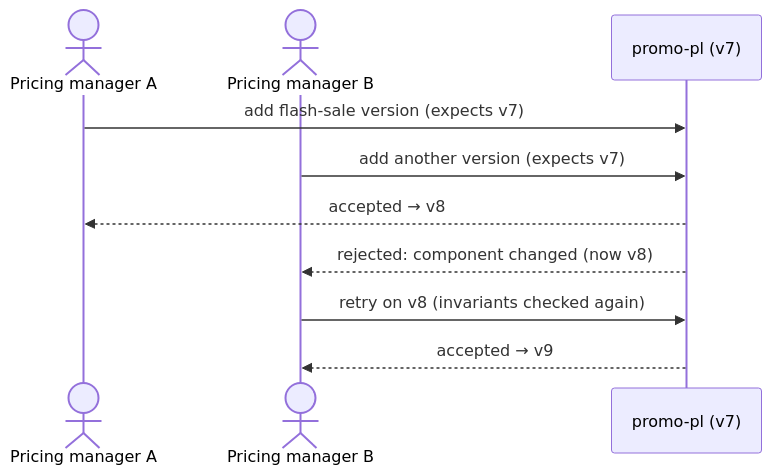
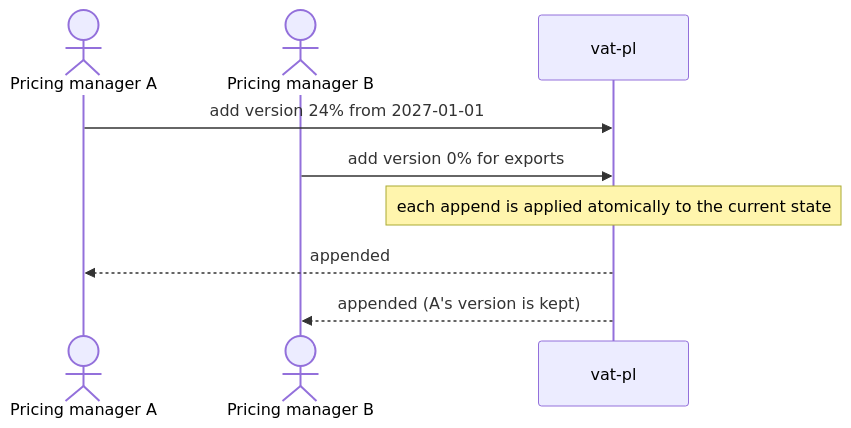
One commit to dawid-walter/shopper changed the second of 2 diagrams in docs/adr/0013-pricecomponent-as-the-aggregate-in-pricing.md. Above: the diagram before and after it, drawn with Mermaid. The commit also changed other lines of this file and 2 other files, not shown here.

First line of the commit message:
docs(adr): append Pricing versions atomically, without optimistic locking (ADR 0013)

````diff
--- a/docs/adr/0013-pricecomponent-as-the-aggregate-in-pricing.md
+++ b/docs/adr/0013-pricecomponent-as-the-aggregate-in-pricing.md
@@ -84,12 +82,11 @@
 ```mermaid
 sequenceDiagram
   actor A as Pricing manager A
   actor B as Pricing manager B
-  participant P as promo-pl (v7)
-  A->>P: add flash-sale version (expects v7)
-  B->>P: add another version (expects v7)
-  P-->>A: accepted → v8
-  P-->>B: rejected: component changed (now v8)
-  B->>P: retry on v8 (invariants checked again)
-  P-->>B: accepted → v9
+  participant P as vat-pl
+  A->>P: add version 24% from 2027-01-01
+  B->>P: add version 0% for exports
+  Note over P: each append is applied atomically to the current state
+  P-->>A: appended
+  P-->>B: appended (A's version is kept)
 ```
````
